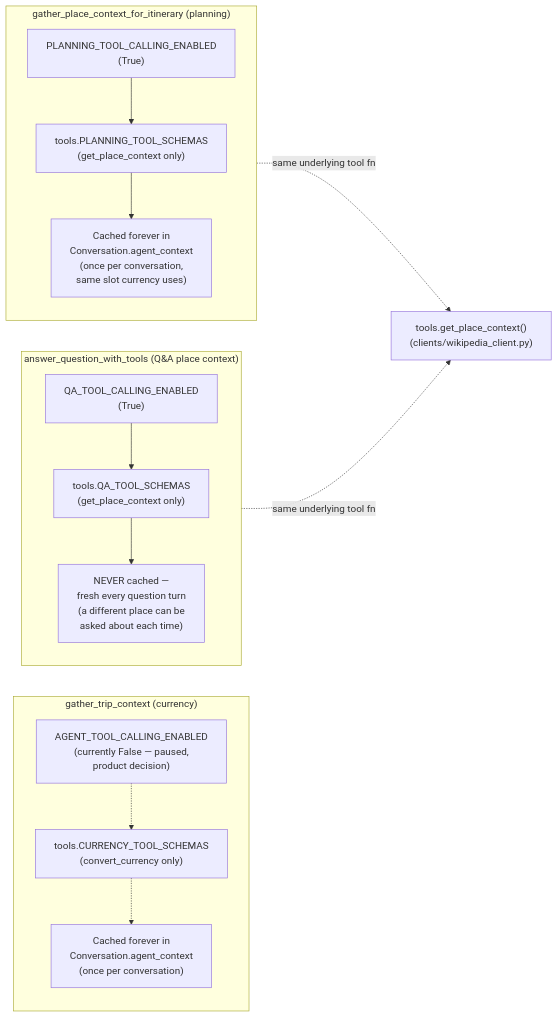
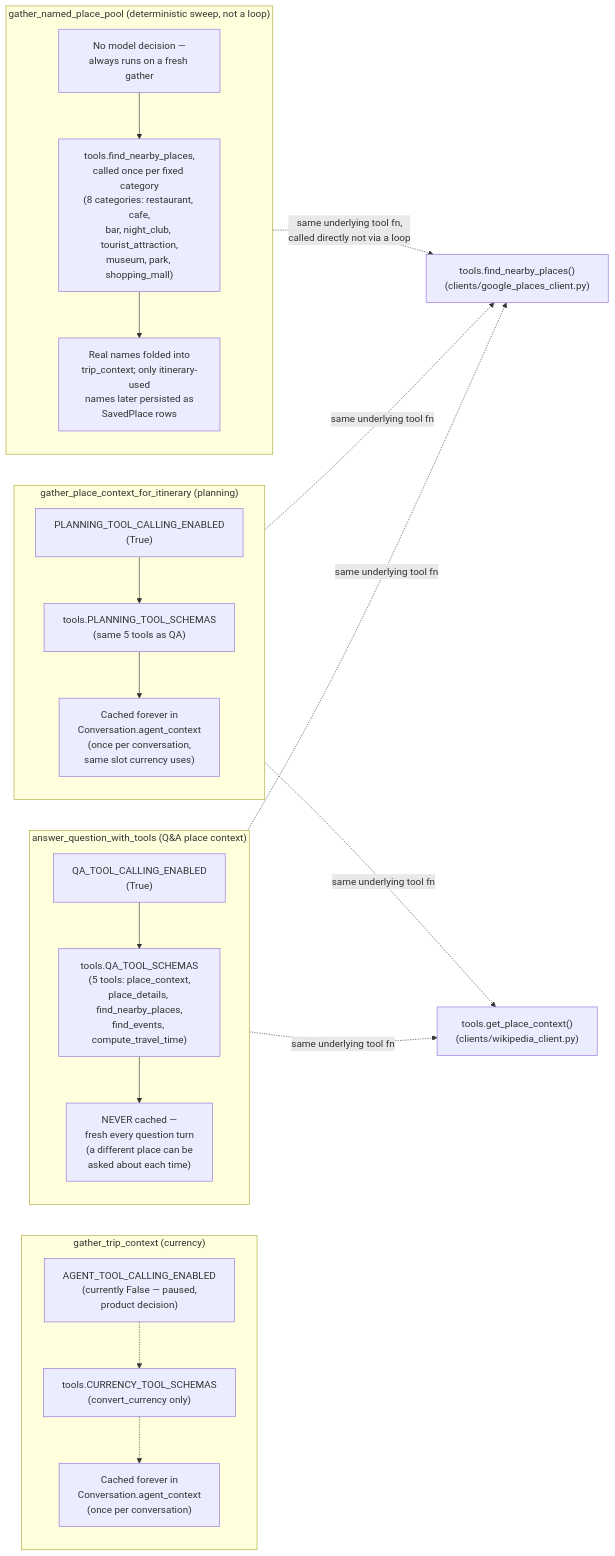
Before and after one commit to starkparsa/Itinera: the third of 7 diagrams in docs/architecture.md, drawn with Mermaid. The commit also changed other lines of this file, not shown here.

First line of the commit message:
Update architecture.md for the named-place-pool sweep (PR #65)

````diff
--- a/docs/architecture.md
+++ b/docs/architecture.md
@@ -130,30 +150,42 @@
 ```mermaid
 flowchart LR
     subgraph "gather_trip_context (currency)"
         direction TB
         C1["AGENT_TOOL_CALLING_ENABLED\n(currently False — paused,\nproduct decision)"]
         C2["tools.CURRENCY_TOOL_SCHEMAS\n(convert_currency only)"]
         C3["Cached forever in\nConversation.agent_context\n(once per conversation)"]
         C1 -.-> C2 -.-> C3
     end
 
     subgraph "answer_question_with_tools (Q&A place context)"
         direction TB
         Q1["QA_TOOL_CALLING_ENABLED\n(True)"]
-        Q2["tools.QA_TOOL_SCHEMAS\n(get_place_context only)"]
+        Q2["tools.QA_TOOL_SCHEMAS\n(5 tools: place_context,\nplace_details, find_nearby_places,\nfind_events, compute_travel_time)"]
         Q3["NEVER cached —\nfresh every question turn\n(a different place can be\nasked about each time)"]
         Q1 --> Q2 --> Q3
     end
 
     subgraph "gather_place_context_for_itinerary (planning)"
         direction TB
         P1["PLANNING_TOOL_CALLING_ENABLED\n(True)"]
-        P2["tools.PLANNING_TOOL_SCHEMAS\n(get_place_context only)"]
+        P2["tools.PLANNING_TOOL_SCHEMAS\n(same 5 tools as QA)"]
         P3["Cached forever in\nConversation.agent_context\n(once per conversation,\nsame slot currency uses)"]
         P1 --> P2 --> P3
     end
 
+    subgraph "gather_named_place_pool (deterministic sweep, not a loop)"
+        direction TB
+        N1["No model decision —\nalways runs on a fresh gather"]
+        N2["tools.find_nearby_places,\ncalled once per fixed category\n(8 categories: restaurant, cafe,\nbar, night_club, tourist_attraction,\nmuseum, park, shopping_mall)"]
+        N3["Real names folded into\ntrip_context; only itinerary-used\nnames later persisted as\nSavedPlace rows"]
+        N1 --> N2 --> N3
+    end
+
     Tool["tools.get_place_context()\n(clients/wikipedia_client.py)"]
+    PlacesTool["tools.find_nearby_places()\n(clients/google_places_client.py)"]
     Q2 -.->|same underlying tool fn| Tool
     P2 -.->|same underlying tool fn| Tool
+    Q2 -.->|same underlying tool fn| PlacesTool
+    P2 -.->|same underlying tool fn| PlacesTool
+    N2 -.->|same underlying tool fn,\ncalled directly not via a loop| PlacesTool
 ```
````
